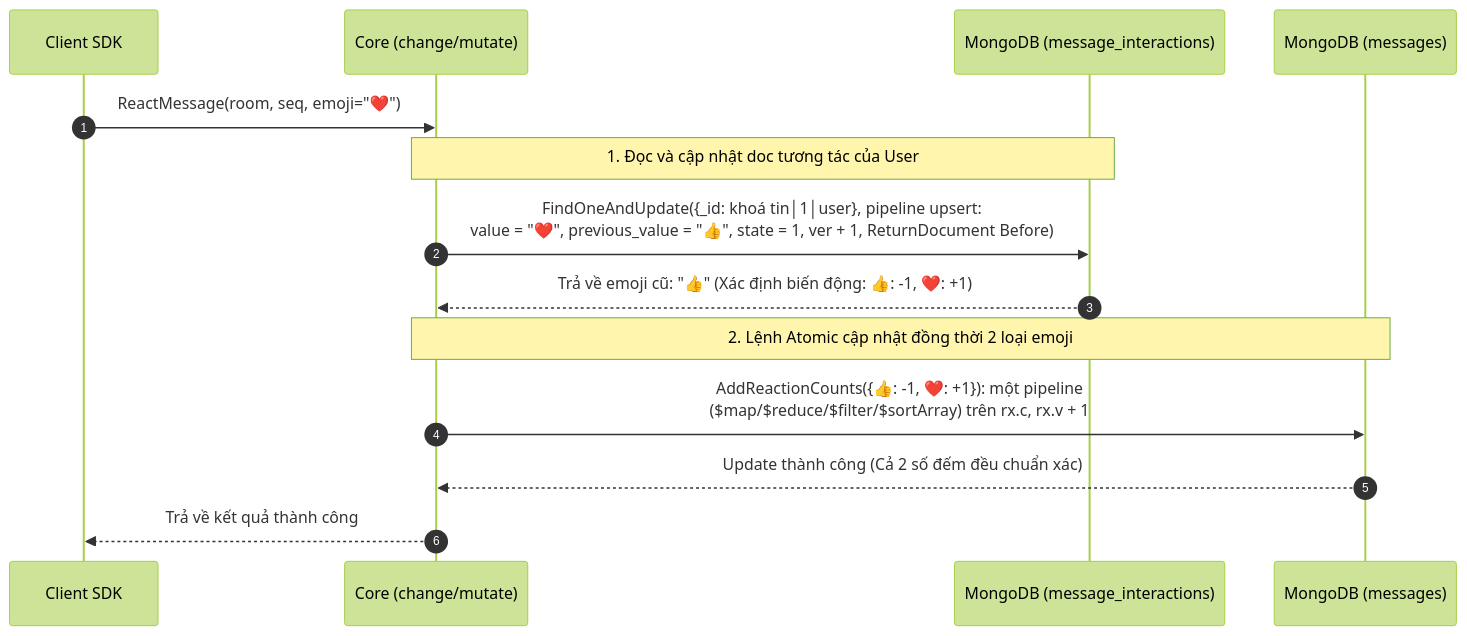
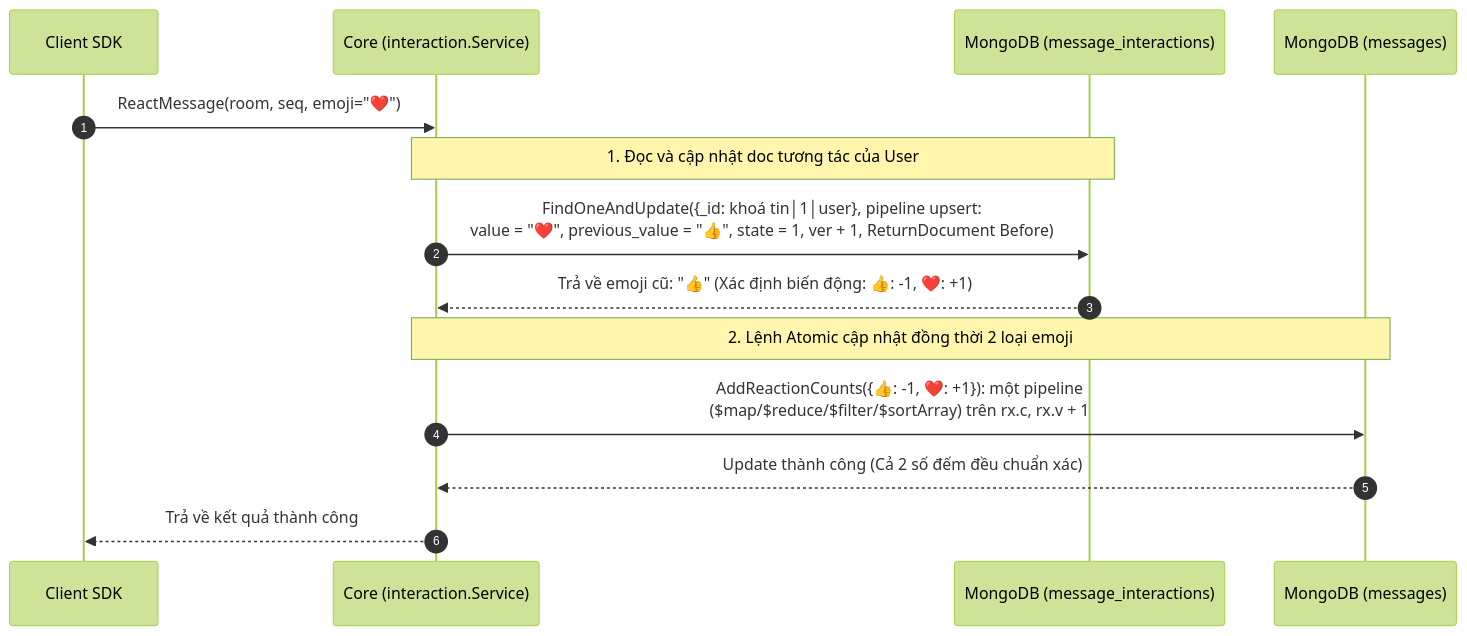
One commit to ivannguyendev/chatim changed the third of 3 diagrams in docs/modules/04-feature-reactions-pins-and-bookmarks.md. Above: the diagram before and after it, drawn with Mermaid (forest theme). The commit also changed other lines of this file and 9 other files, not shown here.

````diff
--- a/docs/modules/04-feature-reactions-pins-and-bookmarks.md
+++ b/docs/modules/04-feature-reactions-pins-and-bookmarks.md
@@ -97,19 +97,19 @@
 ```mermaid
 sequenceDiagram
     autonumber
     participant Client as Client SDK
-    participant Core as Core (change/mutate)
+    participant Core as Core (interaction.Service)
     participant Inter as MongoDB (message_interactions)
     participant Msgs as MongoDB (messages)
 
     Client->>Core: ReactMessage(room, seq, emoji="❤️")
     Note over Core,Inter: 1. Đọc và cập nhật doc tương tác của User
     Core->>Inter: FindOneAndUpdate({_id: khoá tin│1│user}, pipeline upsert:<br/>value = "❤️", previous_value = "👍", state = 1, ver + 1, ReturnDocument Before)
     Inter-->>Core: Trả về emoji cũ: "👍" (Xác định biến động: 👍: -1, ❤️: +1)
 
     Note over Core,Msgs: 2. Lệnh Atomic cập nhật đồng thời 2 loại emoji
     Core->>Msgs: AddReactionCounts({👍: -1, ❤️: +1}): một pipeline<br/>($map/$reduce/$filter/$sortArray) trên rx.c, rx.v + 1
     Msgs-->>Core: Update thành công (Cả 2 số đếm đều chuẩn xác)
 
     Core-->>Client: Trả về kết quả thành công
 ```
````
